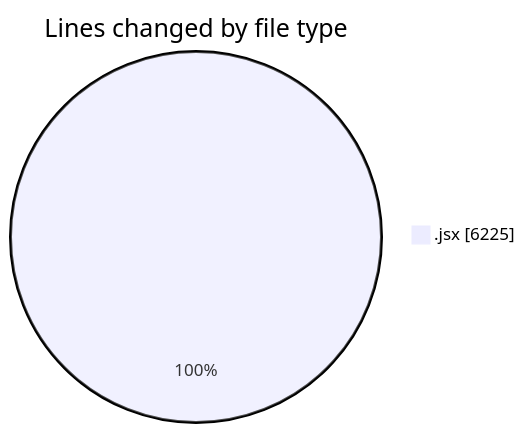
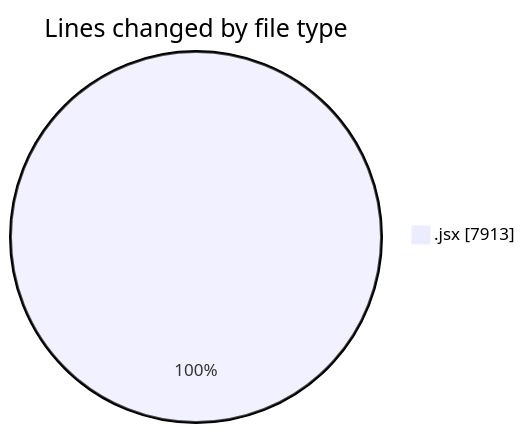
One commit to nxtqubesakshisongat/code-tracking changed the first of 2 diagrams in 2025-05-27/nxtqube_webapp/README.md. Above: the diagram before and after it, drawn with Mermaid. The commit also changed other lines of this file and 1 other file, not shown here.

````diff
--- a/2025-05-27/nxtqube_webapp/README.md
+++ b/2025-05-27/nxtqube_webapp/README.md
@@ -23,5 +23,5 @@
 ```mermaid
 pie showData
 title Lines changed by file type
-".jsx" : 6225
+".jsx" : 7913
 ```
````
